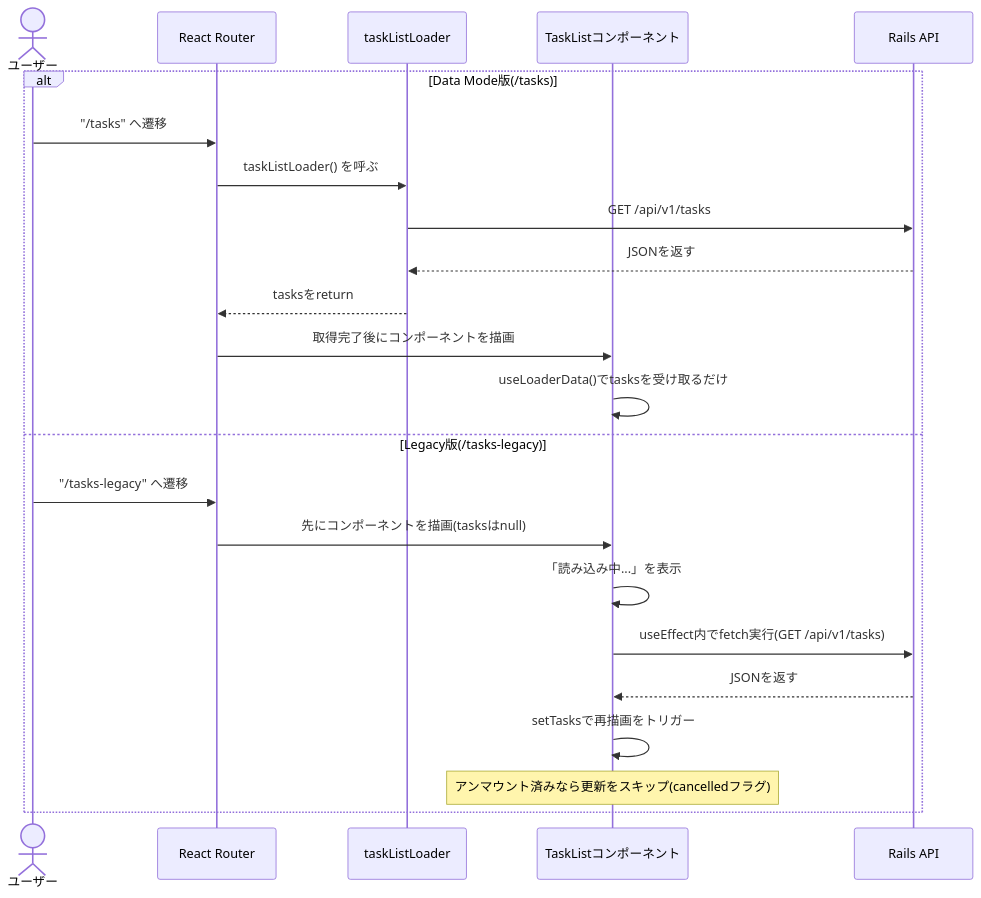
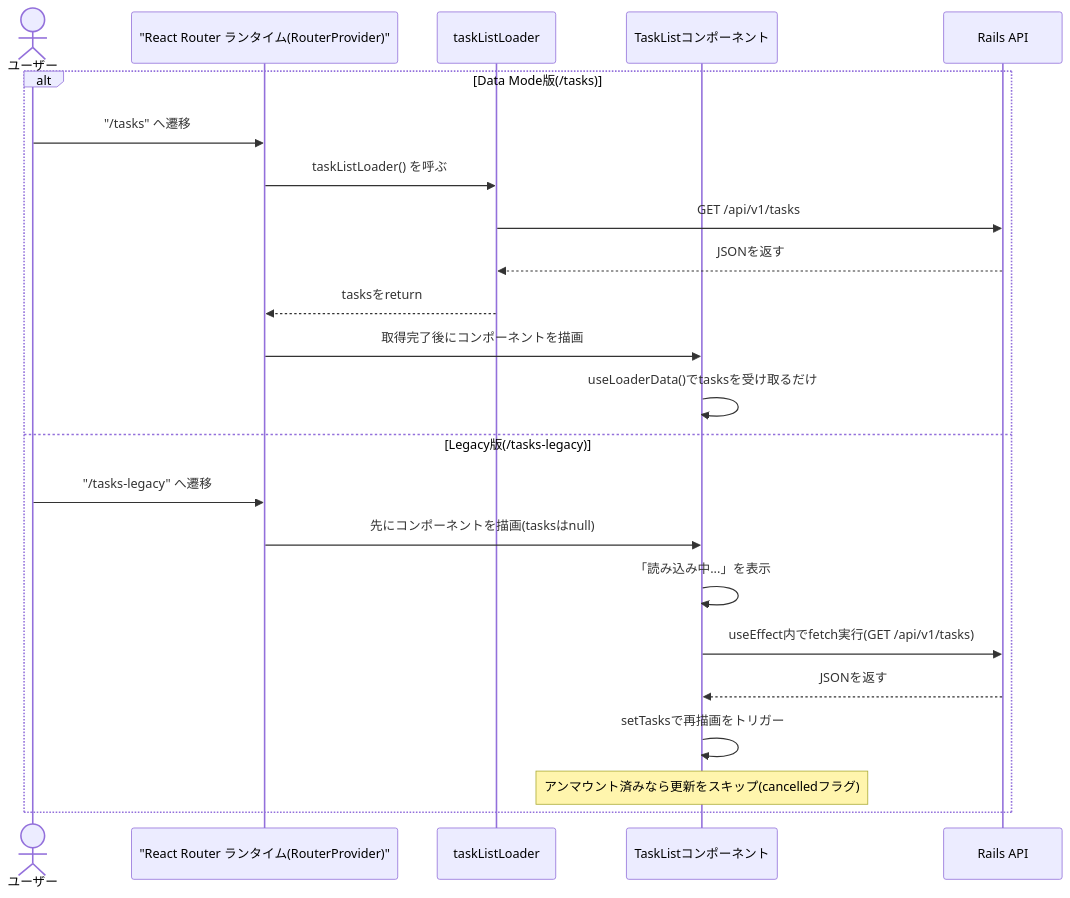
The fifth of 5 diagrams in docs/frontend-guide-for-rails-engineers.md (to0526/rr8-rails-poc), drawn with Mermaid before and after one commit. The commit also changed other lines of this file, not shown here.

First line of the commit message:
図の参加者ラベルを「React Router ランタイム(RouterProvider)」に変更

````diff
--- a/docs/frontend-guide-for-rails-engineers.md
+++ b/docs/frontend-guide-for-rails-engineers.md
@@ -423,26 +423,26 @@
 ```mermaid
 sequenceDiagram
     actor User as ユーザー
-    participant RR as React Router
+    participant RR as "React Router ランタイム(RouterProvider)"
     participant Loader as taskListLoader
     participant Comp as TaskListコンポーネント
     participant Rails as Rails API
 
     alt Data Mode版(/tasks)
         User->>RR: "/tasks" へ遷移
         RR->>Loader: taskListLoader() を呼ぶ
         Loader->>Rails: GET /api/v1/tasks
         Rails-->>Loader: JSONを返す
         Loader-->>RR: tasksをreturn
         RR->>Comp: 取得完了後にコンポーネントを描画
         Comp->>Comp: useLoaderData()でtasksを受け取るだけ
     else Legacy版(/tasks-legacy)
         User->>RR: "/tasks-legacy" へ遷移
         RR->>Comp: 先にコンポーネントを描画(tasksはnull)
         Comp->>Comp: 「読み込み中...」を表示
         Comp->>Rails: useEffect内でfetch実行(GET /api/v1/tasks)
         Rails-->>Comp: JSONを返す
         Comp->>Comp: setTasksで再描画をトリガー
         Note over Comp: アンマウント済みなら更新をスキップ(cancelledフラグ)
     end
 ```
````
